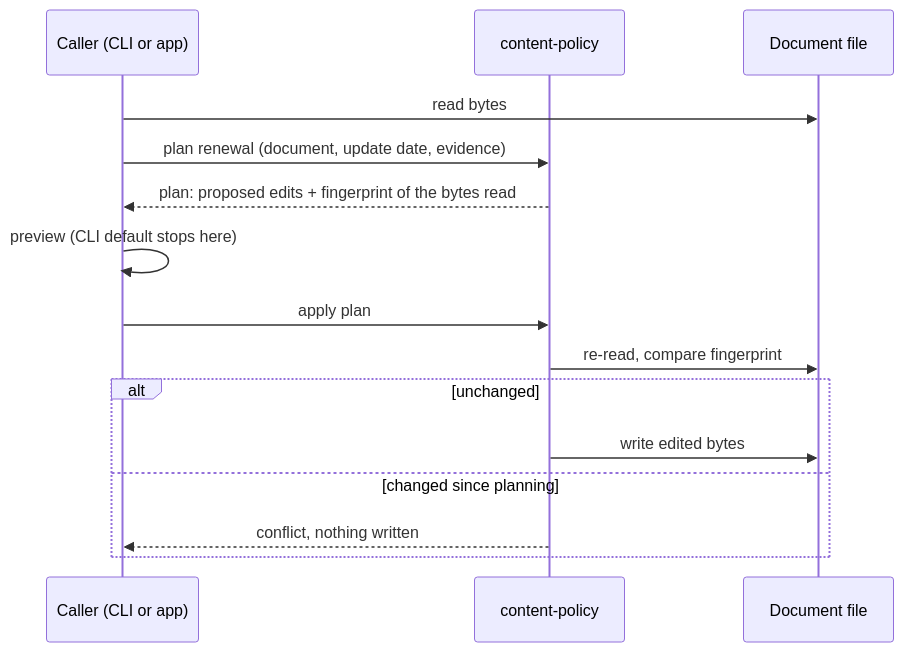
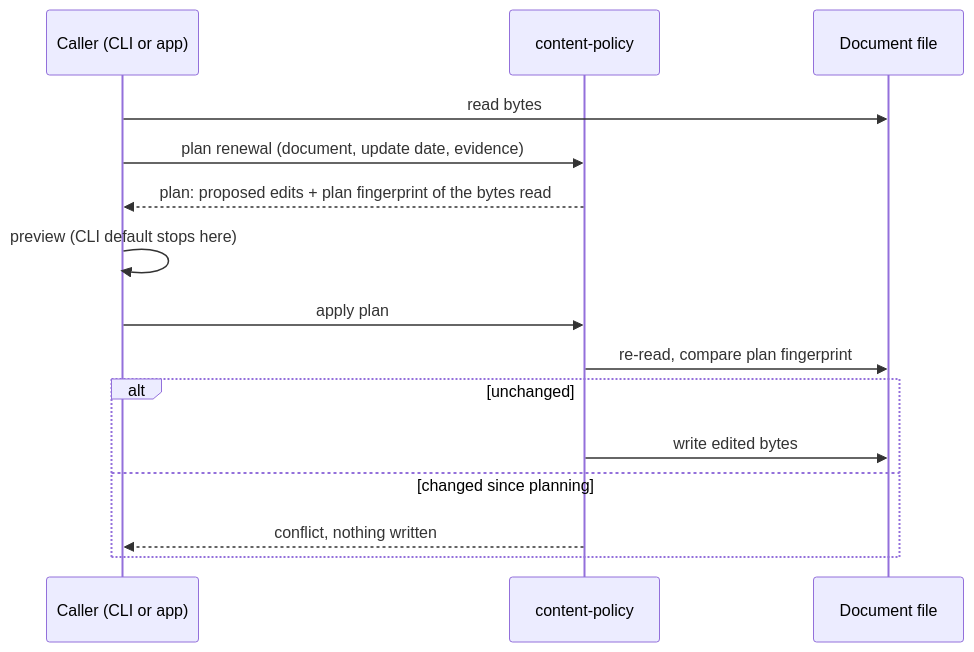
Before and after one commit to yankeeinlondon/rusty-biscuit: the diagram in content-policy/features/2026-09-28-content-policy/spec.md, drawn with Mermaid. The commit also changed other lines of this file and 2 other files, not shown here.

````diff
--- a/content-policy/features/2026-09-28-content-policy/spec.md
+++ b/content-policy/features/2026-09-28-content-policy/spec.md
@@ -453,17 +720,17 @@
 ```mermaid
 sequenceDiagram
     participant C as Caller (CLI or app)
     participant L as content-policy
     participant D as Document file
     C->>D: read bytes
     C->>L: plan renewal (document, update date, evidence)
-    L-->>C: plan: proposed edits + fingerprint of the bytes read
+    L-->>C: plan: proposed edits + plan fingerprint of the bytes read
     C->>C: preview (CLI default stops here)
     C->>L: apply plan
-    L->>D: re-read, compare fingerprint
+    L->>D: re-read, compare plan fingerprint
     alt unchanged
         L->>D: write edited bytes
     else changed since planning
         L-->>C: conflict, nothing written
     end
 ```
````
